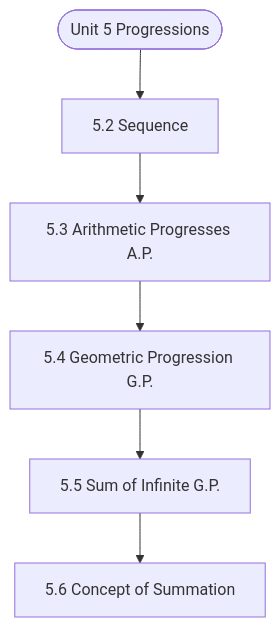
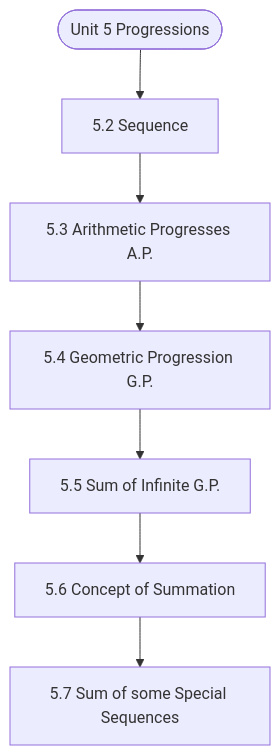
The diagram in notes/Semester_1/MCS-061_Mathematical_Foundations_-_I/unit_05_Progressions.md (Asutosh-Coaching/mscdsa), drawn with Mermaid before and after one commit. The commit also changed other lines of this file and 116 other files, not shown here.

````diff
--- a/notes/Semester_1/MCS-061_Mathematical_Foundations_-_I/unit_05_Progressions.md
+++ b/notes/Semester_1/MCS-061_Mathematical_Foundations_-_I/unit_05_Progressions.md
@@ -19,14 +19,16 @@
 ```mermaid
 flowchart TD
   Start(["Unit 5 Progressions"])
   N1["5.2 Sequence"]
   N2["5.3 Arithmetic Progresses A.P."]
   N3["5.4 Geometric Progression G.P."]
   N4["5.5 Sum of Infinite G.P."]
   N5["5.6 Concept of Summation"]
+  N6["5.7 Sum of some Special Sequences"]
   Start --> N1
   N1 --> N2
   N2 --> N3
   N3 --> N4
   N4 --> N5
+  N5 --> N6
 ```
````
